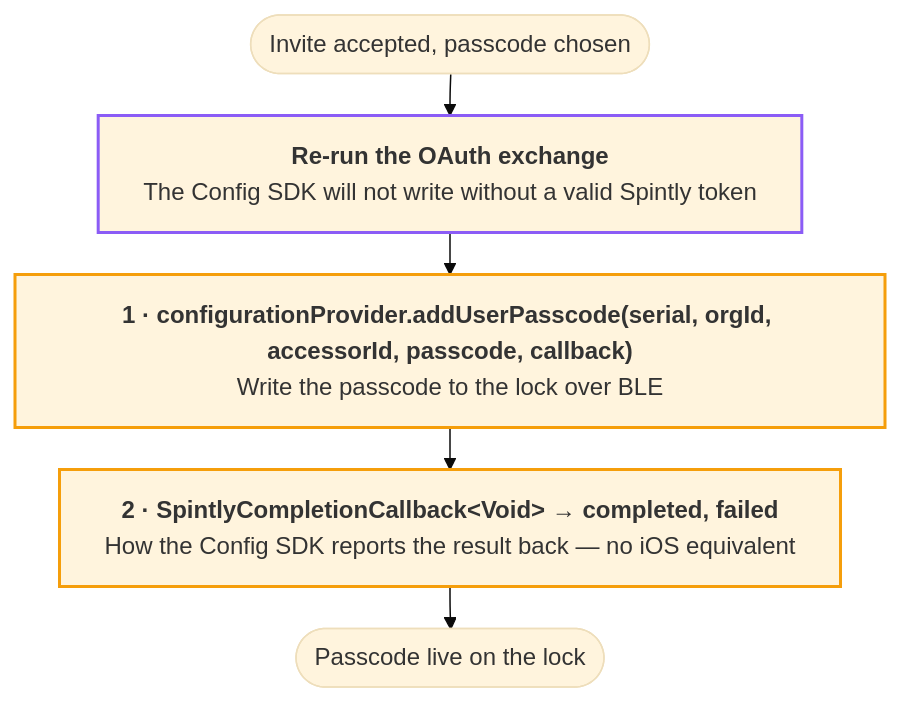
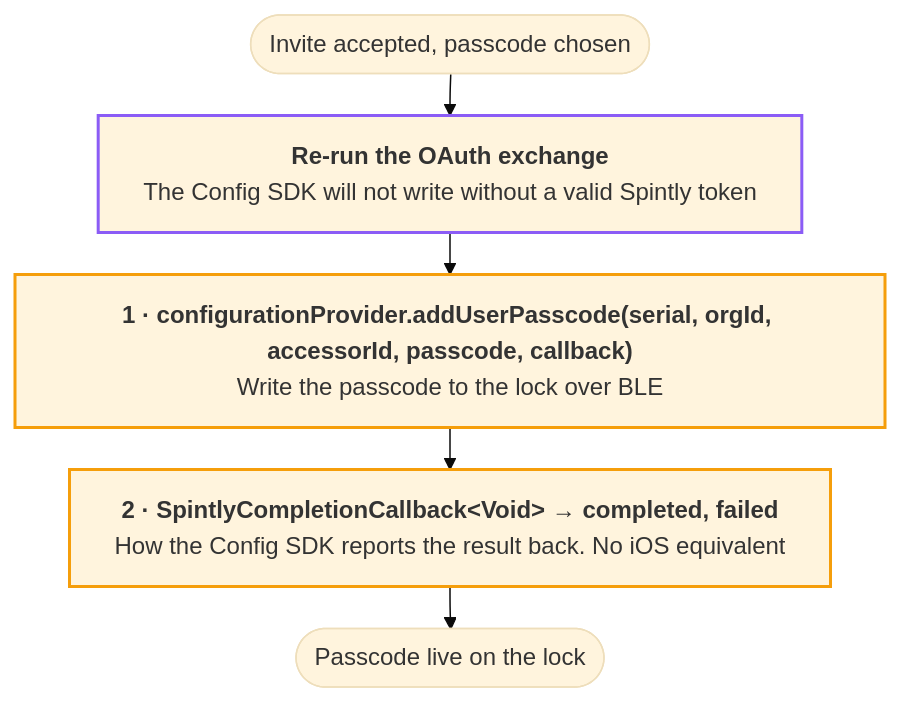
One commit to Yash-Wadatkar-Binaryveda/sdk-docs-site changed the fourth of 4 diagrams in docs/lock-share-invites.md. Above: the diagram before and after it, drawn with Mermaid (base theme). The commit also changed other lines of this file and 3 other files, not shown here.

````diff
--- a/docs/lock-share-invites.md
+++ b/docs/lock-share-invites.md
@@ -127,14 +125,14 @@
     ```mermaid
     %%{init:{"flowchart":{"wrappingWidth":520,"nodeSpacing":24,"rankSpacing":28}}}%%
     flowchart TD
         S(["Invite accepted, passcode chosen"]) --> N0
         N0["<b>Re-run the OAuth exchange</b><br/>The Config SDK will not write without a valid Spintly token"]
         N0 --> N1["<b>1 · configurationProvider.addUserPasscode(serial, orgId, accessorId, passcode, callback)</b><br/>Write the passcode to the lock over BLE"]
-        N1 --> N2["<b>2 · SpintlyCompletionCallback&lt;Void&gt; → completed, failed</b><br/>How the Config SDK reports the result back — no iOS equivalent"]
+        N1 --> N2["<b>2 · SpintlyCompletionCallback&lt;Void&gt; → completed, failed</b><br/>How the Config SDK reports the result back. No iOS equivalent"]
         N2 --> E(["Passcode live on the lock"])
 
         classDef sdkOauth stroke:#8b5cf6,stroke-width:2px
         classDef sdkConfig stroke:#f59e0b,stroke-width:2px
         class N0 sdkOauth
         class N1,N2 sdkConfig
     ```
````
